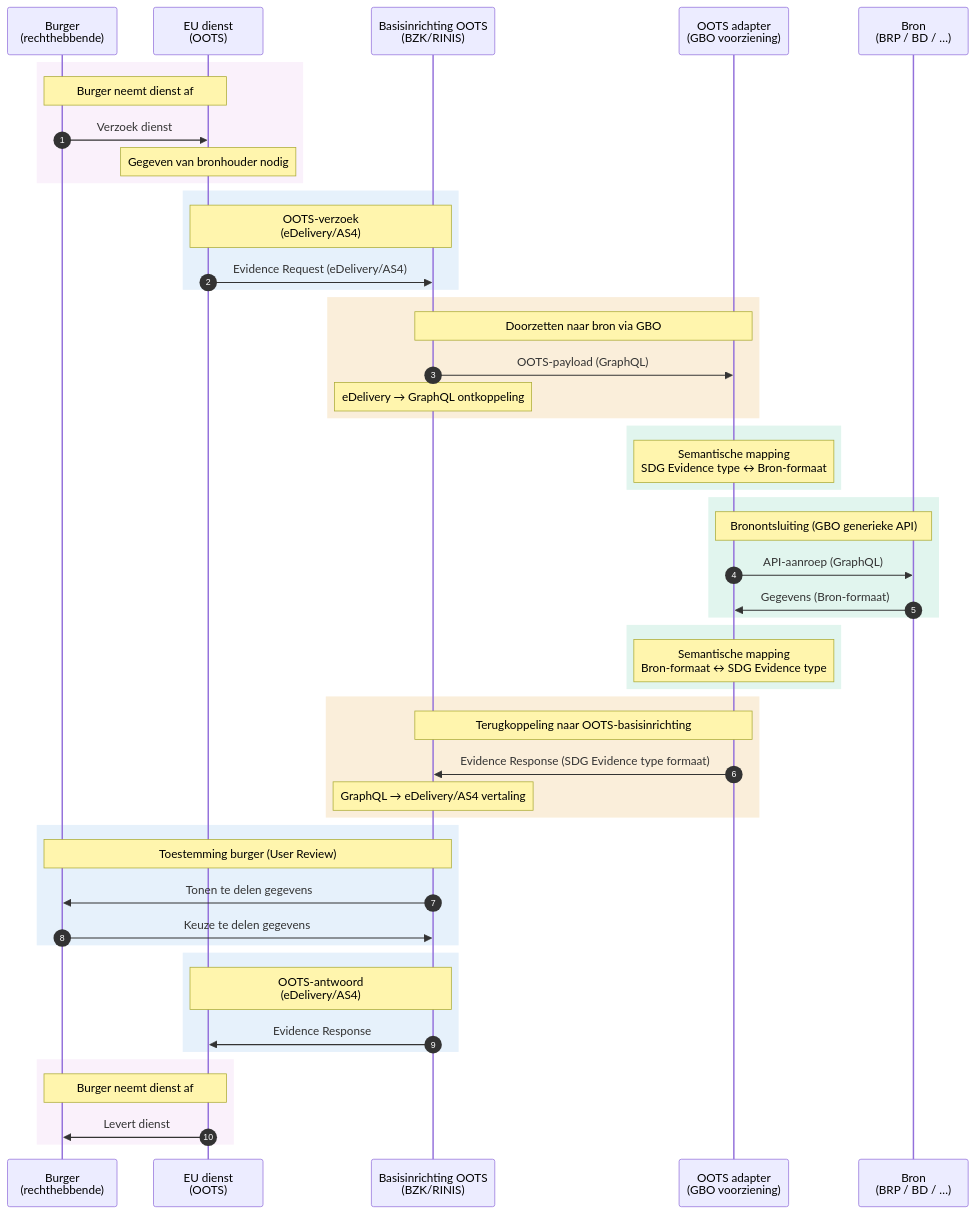
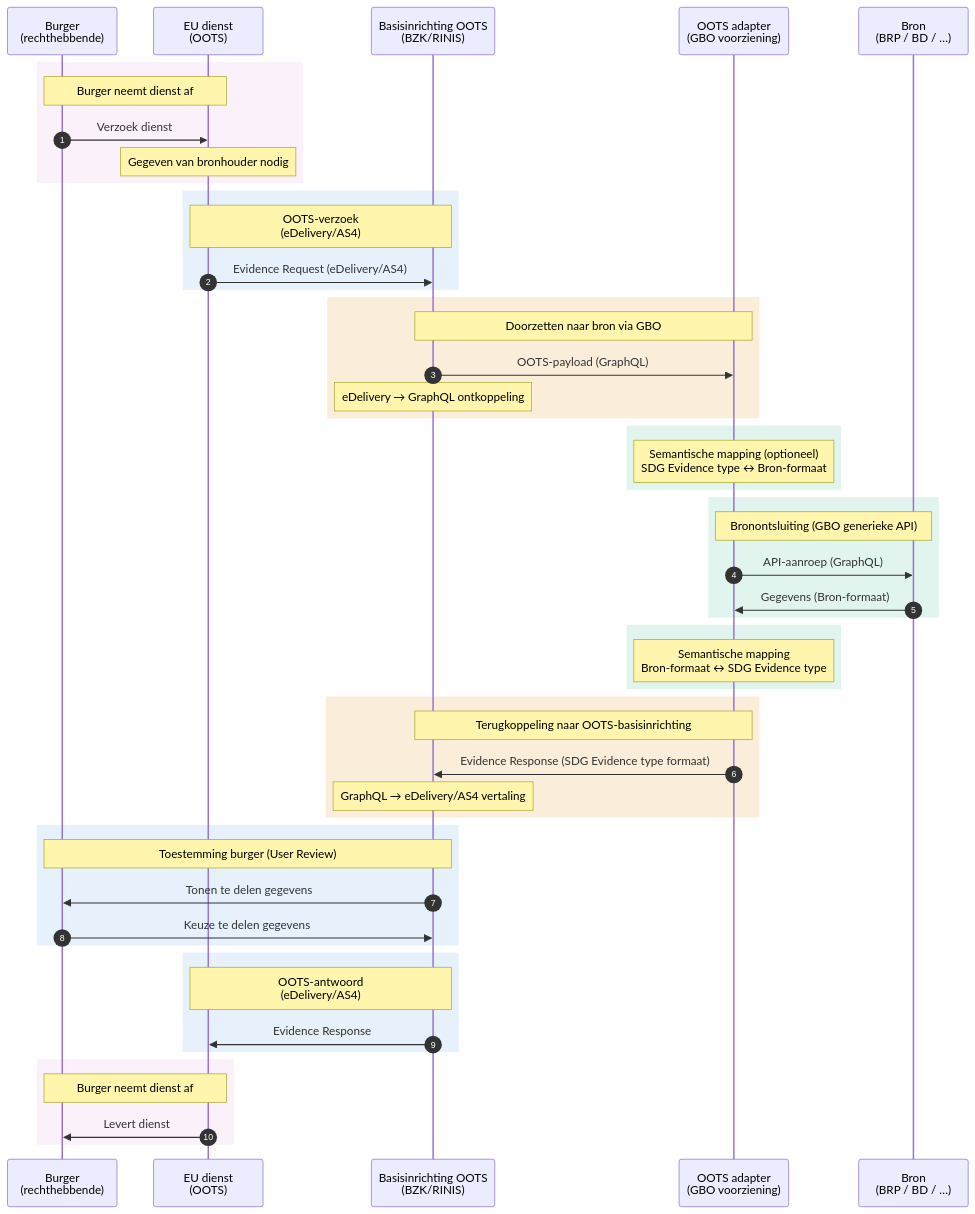
The diagram in pr-preview/pr-54/diagrammen/interactiepatroon-OOTS-verzoek.mmd (ICTU/GBO-GO), drawn with Mermaid before and after one commit. The commit also changed 5 other files, not shown here.

```diff
--- a/pr-preview/pr-54/diagrammen/interactiepatroon-OOTS-verzoek.mmd
+++ b/pr-preview/pr-54/diagrammen/interactiepatroon-OOTS-verzoek.mmd
@@ -1,60 +1,60 @@
 sequenceDiagram
     autonumber
     participant BRG as Burger<br/>(rechthebbende)
     participant EU as EU dienst<br/>(OOTS)
     participant RINIS as Basisinrichting OOTS<br />(BZK/RINIS)
     participant GBO as OOTS adapter<br/>(GBO voorziening)
     participant BRH as Bron<br/>(BRP / BD / …)
 
     rect rgb(250, 241, 251)
         Note over BRG,EU: Burger neemt dienst af
         BRG->>EU: Verzoek dienst
         Note over EU: Gegeven van bronhouder nodig
     end
 
     rect rgb(230, 241, 251)
         Note over EU,RINIS: OOTS-verzoek<br />(eDelivery/AS4)
         EU->>RINIS: Evidence Request (eDelivery/AS4)
     end
 
     rect rgb(250, 238, 218)
         Note over RINIS,GBO: Doorzetten naar bron via GBO
         RINIS->>GBO: OOTS-payload (GraphQL)
         Note over RINIS: eDelivery → GraphQL ontkoppeling
     end
 
     rect rgb(225, 245, 238)
-        Note over GBO: Semantische mapping<br/>SDG Evidence type ↔ Bron-formaat
+        Note over GBO: Semantische mapping (optioneel)<br/>SDG Evidence type ↔ Bron-formaat
     end
 
     rect rgb(225, 245, 238)
         Note over GBO,BRH: Bronontsluiting (GBO generieke API)
         GBO->>BRH: API-aanroep (GraphQL)
         BRH->>GBO: Gegevens (Bron-formaat)
     end
 
     rect rgb(225, 245, 238)
         Note over GBO: Semantische mapping<br/>Bron-formaat ↔ SDG Evidence type
     end
 
     rect rgb(250, 238, 218)
         Note over GBO,RINIS: Terugkoppeling naar OOTS-basisinrichting
         GBO->>RINIS: Evidence Response (SDG Evidence type formaat)
         Note over RINIS: GraphQL → eDelivery/AS4 vertaling
     end
 
     rect rgb(230, 241, 251)
         Note over RINIS,BRG: Toestemming burger (User Review)
         RINIS->>BRG: Tonen te delen gegevens
         BRG->>RINIS: Keuze te delen gegevens
     end
 
     rect rgb(230, 241, 251)
         Note over EU,RINIS: OOTS-antwoord<br />(eDelivery/AS4)
         RINIS->>EU: Evidence Response
     end
 
     rect rgb(250, 241, 251)
         Note over BRG,EU: Burger neemt dienst af
         EU->>BRG: Levert dienst
     end
```
